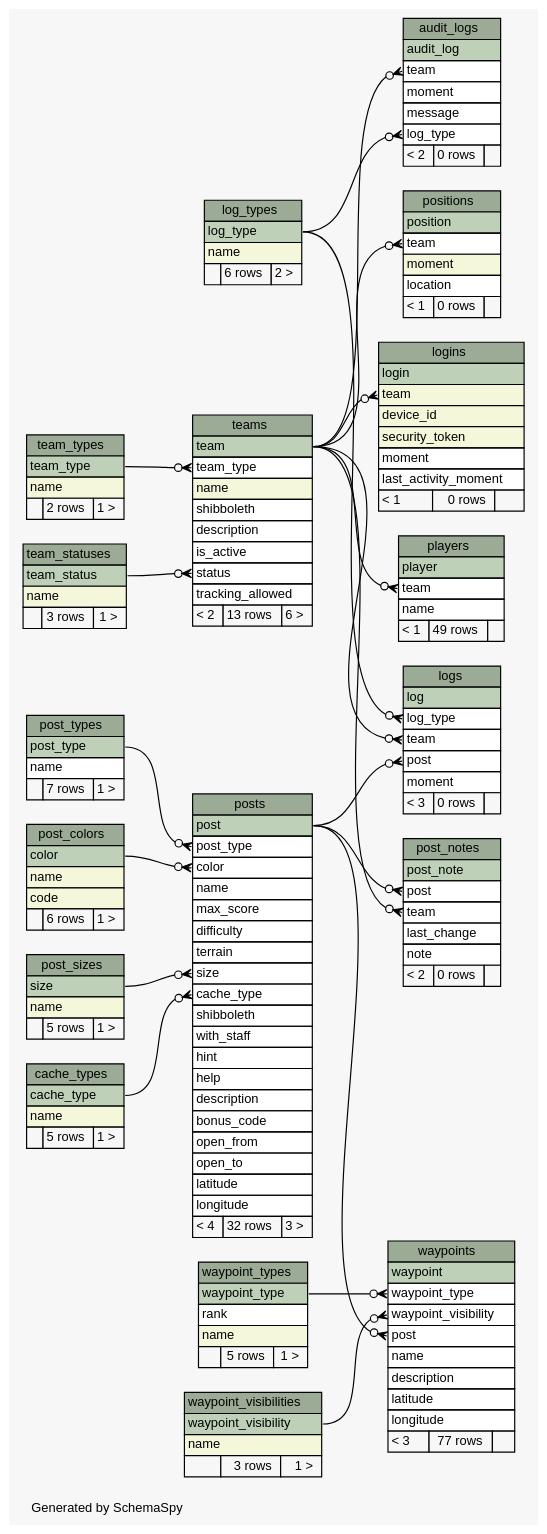
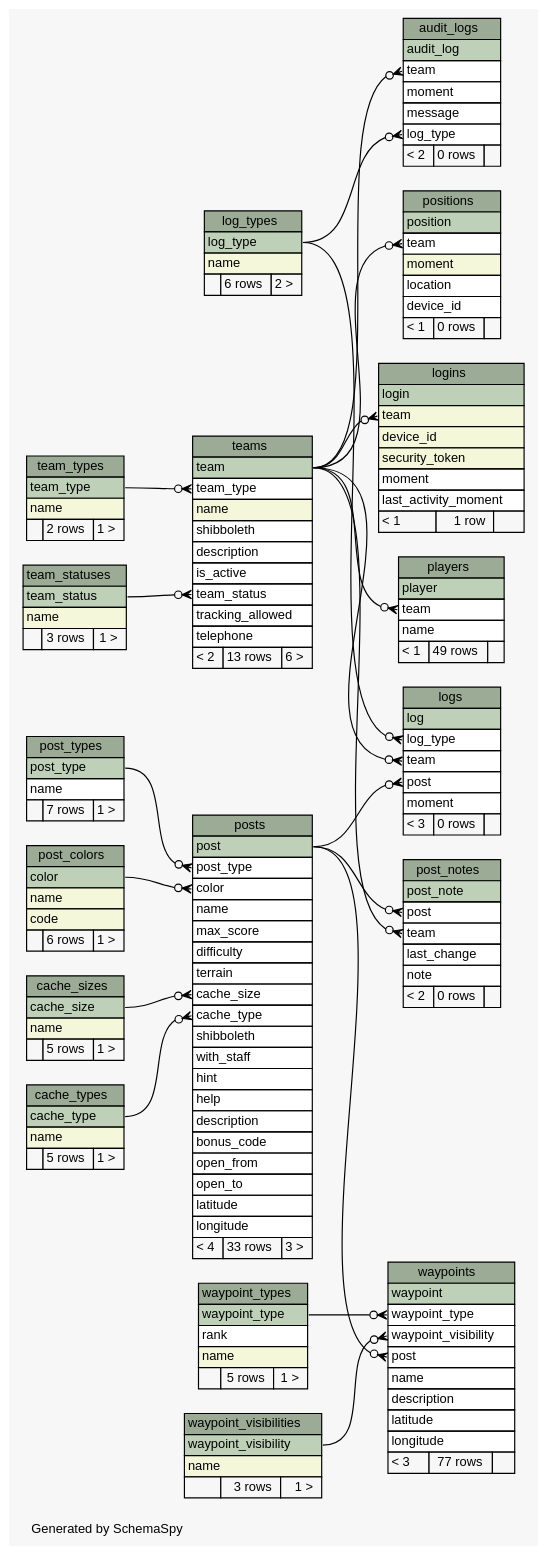
Before and after one commit to xmarwin/brazda: the diagram in Brazda/doc/db/diagrams/summary/relationships.real.large.dot, drawn with Graphviz. The commit also changed 100 other files, not shown here.

```diff
--- a/Brazda/doc/db/diagrams/summary/relationships.real.large.dot
+++ b/Brazda/doc/db/diagrams/summary/relationships.real.large.dot
@@ -33,6 +33,17 @@
     URL="tables/audit_logs.html"
     tooltip="audit_logs"
   ];
+  "cache_sizes" [
+    label=<
+    <TABLE BORDER="0" CELLBORDER="1" CELLSPACING="0" BGCOLOR="#ffffff">
+      <TR><TD COLSPAN="3" BGCOLOR="#9bab96" ALIGN="CENTER">cache_sizes</TD></TR>
+      <TR><TD PORT="cache_size" COLSPAN="3" BGCOLOR="#bed1b8" ALIGN="LEFT">cache_size</TD></TR>
+      <TR><TD PORT="name" COLSPAN="3" BGCOLOR="#f4f7da" ALIGN="LEFT">name</TD></TR>
+      <TR><TD ALIGN="LEFT" BGCOLOR="#f7f7f7">  </TD><TD ALIGN="RIGHT" BGCOLOR="#f7f7f7">5 rows</TD><TD ALIGN="RIGHT" BGCOLOR="#f7f7f7">1 &gt;</TD></TR>
+    </TABLE>>
+    URL="tables/cache_sizes.html"
+    tooltip="cache_sizes"
+  ];
   "cache_types" [
     label=<
     <TABLE BORDER="0" CELLBORDER="1" CELLSPACING="0" BGCOLOR="#ffffff">
@@ -65,7 +76,7 @@
       <TR><TD PORT="security_token" COLSPAN="3" BGCOLOR="#f4f7da" ALIGN="LEFT">security_token</TD></TR>
       <TR><TD PORT="moment" COLSPAN="3" ALIGN="LEFT">moment</TD></TR>
       <TR><TD PORT="last_activity_moment" COLSPAN="3" ALIGN="LEFT">last_activity_moment</TD></TR>
-      <TR><TD ALIGN="LEFT" BGCOLOR="#f7f7f7">&lt; 1</TD><TD ALIGN="RIGHT" BGCOLOR="#f7f7f7">0 rows</TD><TD ALIGN="RIGHT" BGCOLOR="#f7f7f7">  </TD></TR>
+      <TR><TD ALIGN="LEFT" BGCOLOR="#f7f7f7">&lt; 1</TD><TD ALIGN="RIGHT" BGCOLOR="#f7f7f7">1 row</TD><TD ALIGN="RIGHT" BGCOLOR="#f7f7f7">  </TD></TR>
     </TABLE>>
     URL="tables/logins.html"
     tooltip="logins"
@@ -104,6 +115,7 @@
       <TR><TD PORT="team" COLSPAN="3" ALIGN="LEFT">team</TD></TR>
       <TR><TD PORT="moment" COLSPAN="3" BGCOLOR="#f4f7da" ALIGN="LEFT">moment</TD></TR>
       <TR><TD PORT="location" COLSPAN="3" ALIGN="LEFT">location</TD></TR>
+      <TR><TD PORT="device_id" COLSPAN="3" ALIGN="LEFT">device_id</TD></TR>
       <TR><TD ALIGN="LEFT" BGCOLOR="#f7f7f7">&lt; 1</TD><TD ALIGN="RIGHT" BGCOLOR="#f7f7f7">0 rows</TD><TD ALIGN="RIGHT" BGCOLOR="#f7f7f7">  </TD></TR>
     </TABLE>>
     URL="tables/positions.html"
@@ -135,17 +147,6 @@
     URL="tables/post_notes.html"
     tooltip="post_notes"
   ];
-  "post_sizes" [
-    label=<
-    <TABLE BORDER="0" CELLBORDER="1" CELLSPACING="0" BGCOLOR="#ffffff">
-      <TR><TD COLSPAN="3" BGCOLOR="#9bab96" ALIGN="CENTER">post_sizes</TD></TR>
-      <TR><TD PORT="size" COLSPAN="3" BGCOLOR="#bed1b8" ALIGN="LEFT">size</TD></TR>
-      <TR><TD PORT="name" COLSPAN="3" BGCOLOR="#f4f7da" ALIGN="LEFT">name</TD></TR>
-      <TR><TD ALIGN="LEFT" BGCOLOR="#f7f7f7">  </TD><TD ALIGN="RIGHT" BGCOLOR="#f7f7f7">5 rows</TD><TD ALIGN="RIGHT" BGCOLOR="#f7f7f7">1 &gt;</TD></TR>
-    </TABLE>>
-    URL="tables/post_sizes.html"
-    tooltip="post_sizes"
-  ];
   "post_types" [
     label=<
     <TABLE BORDER="0" CELLBORDER="1" CELLSPACING="0" BGCOLOR="#ffffff">
@@ -168,7 +169,7 @@
       <TR><TD PORT="max_score" COLSPAN="3" ALIGN="LEFT">max_score</TD></TR>
       <TR><TD PORT="difficulty" COLSPAN="3" ALIGN="LEFT">difficulty</TD></TR>
       <TR><TD PORT="terrain" COLSPAN="3" ALIGN="LEFT">terrain</TD></TR>
-      <TR><TD PORT="size" COLSPAN="3" ALIGN="LEFT">size</TD></TR>
+      <TR><TD PORT="cache_size" COLSPAN="3" ALIGN="LEFT">cache_size</TD></TR>
       <TR><TD PORT="cache_type" COLSPAN="3" ALIGN="LEFT">cache_type</TD></TR>
       <TR><TD PORT="shibboleth" COLSPAN="3" ALIGN="LEFT">shibboleth</TD></TR>
       <TR><TD PORT="with_staff" COLSPAN="3" ALIGN="LEFT">with_staff</TD></TR>
@@ -180,7 +181,7 @@
       <TR><TD PORT="open_to" COLSPAN="3" ALIGN="LEFT">open_to</TD></TR>
       <TR><TD PORT="latitude" COLSPAN="3" ALIGN="LEFT">latitude</TD></TR>
       <TR><TD PORT="longitude" COLSPAN="3" ALIGN="LEFT">longitude</TD></TR>
-      <TR><TD ALIGN="LEFT" BGCOLOR="#f7f7f7">&lt; 4</TD><TD ALIGN="RIGHT" BGCOLOR="#f7f7f7">32 rows</TD><TD ALIGN="RIGHT" BGCOLOR="#f7f7f7">3 &gt;</TD></TR>
+      <TR><TD ALIGN="LEFT" BGCOLOR="#f7f7f7">&lt; 4</TD><TD ALIGN="RIGHT" BGCOLOR="#f7f7f7">33 rows</TD><TD ALIGN="RIGHT" BGCOLOR="#f7f7f7">3 &gt;</TD></TR>
     </TABLE>>
     URL="tables/posts.html"
     tooltip="posts"
@@ -217,8 +218,9 @@
       <TR><TD PORT="shibboleth" COLSPAN="3" ALIGN="LEFT">shibboleth</TD></TR>
       <TR><TD PORT="description" COLSPAN="3" ALIGN="LEFT">description</TD></TR>
       <TR><TD PORT="is_active" COLSPAN="3" ALIGN="LEFT">is_active</TD></TR>
-      <TR><TD PORT="status" COLSPAN="3" ALIGN="LEFT">status</TD></TR>
+      <TR><TD PORT="team_status" COLSPAN="3" ALIGN="LEFT">team_status</TD></TR>
       <TR><TD PORT="tracking_allowed" COLSPAN="3" ALIGN="LEFT">tracking_allowed</TD></TR>
+      <TR><TD PORT="telephone" COLSPAN="3" ALIGN="LEFT">telephone</TD></TR>
       <TR><TD ALIGN="LEFT" BGCOLOR="#f7f7f7">&lt; 2</TD><TD ALIGN="RIGHT" BGCOLOR="#f7f7f7">13 rows</TD><TD ALIGN="RIGHT" BGCOLOR="#f7f7f7">6 &gt;</TD></TR>
     </TABLE>>
     URL="tables/teams.html"
@@ -274,11 +276,11 @@
   "positions":"team":w -> "teams":"team":e [arrowhead=none dir=back arrowtail=crowodot];
   "post_notes":"post":w -> "posts":"post":e [arrowhead=none dir=back arrowtail=crowodot];
   "post_notes":"team":w -> "teams":"team":e [arrowhead=none dir=back arrowtail=crowodot];
+  "posts":"cache_size":w -> "cache_sizes":"cache_size":e [arrowhead=none dir=back arrowtail=crowodot];
   "posts":"cache_type":w -> "cache_types":"cache_type":e [arrowhead=none dir=back arrowtail=crowodot];
   "posts":"color":w -> "post_colors":"color":e [arrowhead=none dir=back arrowtail=crowodot];
   "posts":"post_type":w -> "post_types":"post_type":e [arrowhead=none dir=back arrowtail=crowodot];
-  "posts":"size":w -> "post_sizes":"size":e [arrowhead=none dir=back arrowtail=crowodot];
-  "teams":"status":w -> "team_statuses":"team_status":e [arrowhead=none dir=back arrowtail=crowodot];
+  "teams":"team_status":w -> "team_statuses":"team_status":e [arrowhead=none dir=back arrowtail=crowodot];
   "teams":"team_type":w -> "team_types":"team_type":e [arrowhead=none dir=back arrowtail=crowodot];
   "waypoints":"post":w -> "posts":"post":e [arrowhead=none dir=back arrowtail=crowodot];
   "waypoints":"waypoint_type":w -> "waypoint_types":"waypoint_type":e [arrowhead=none dir=back arrowtail=crowodot];
```
